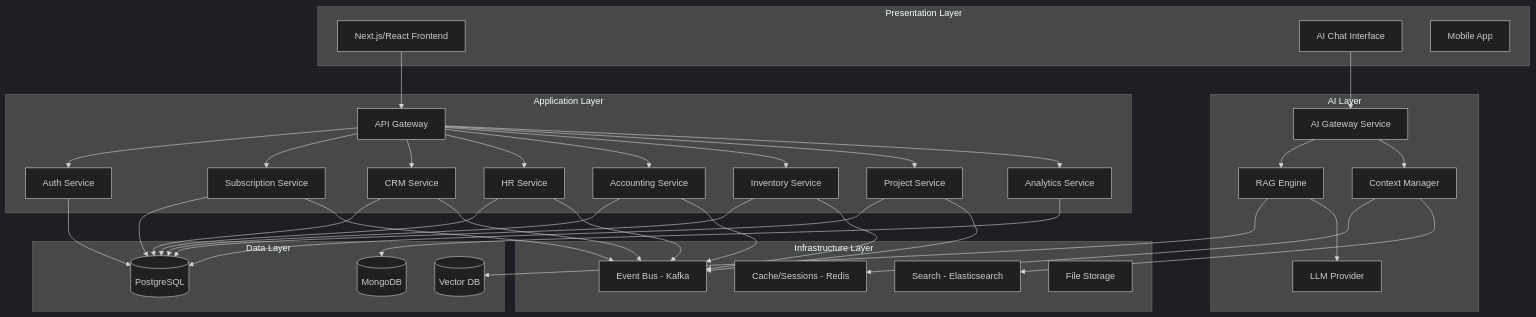
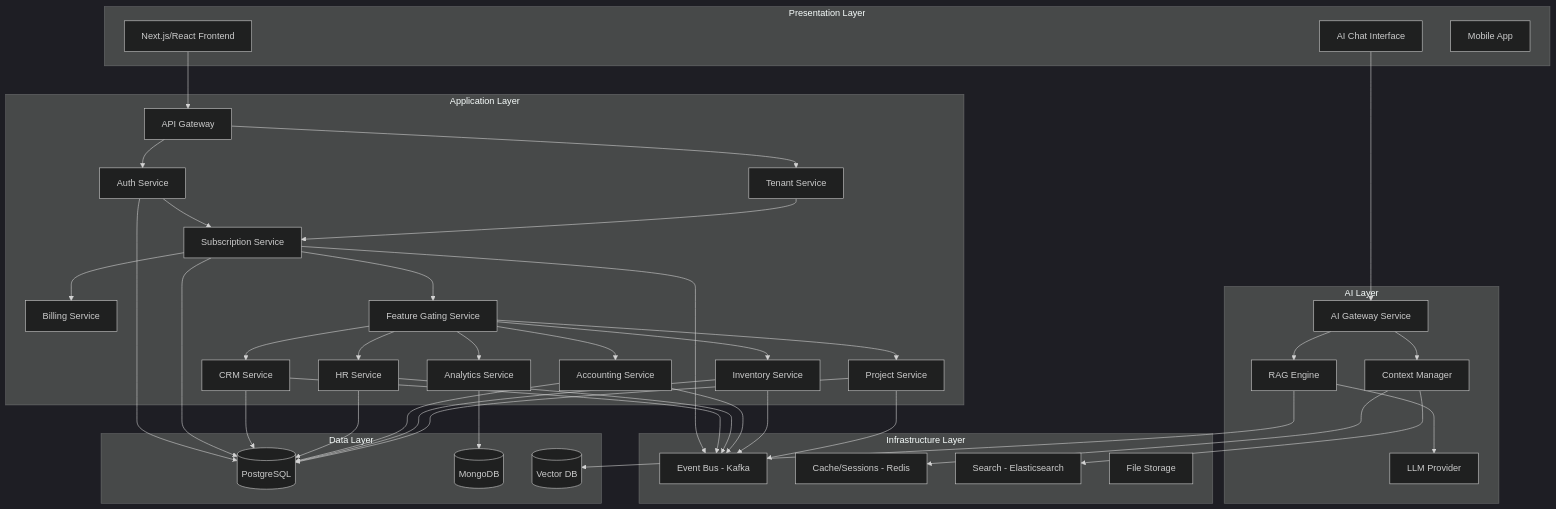
The diagram in 02-architecture/design.md (azad25/erp-suite), drawn with Mermaid (dark theme) before and after one commit. The commit also changed 31 other files, not shown here.

````diff
--- a/02-architecture/design.md
+++ b/02-architecture/design.md
@@ -13,74 +13,81 @@
 ```mermaid
 graph TB
     subgraph "Presentation Layer"
         UI[Next.js/React Frontend]
         Chat[AI Chat Interface]
         Mobile[Mobile App]
     end
     
     subgraph "AI Layer"
         AIGateway[AI Gateway Service]
         RAG[RAG Engine]
         LLM[LLM Provider]
         Context[Context Manager]
     end
     
     subgraph "Application Layer"
         Gateway[API Gateway]
         Auth[Auth Service]
+        Tenant[Tenant Service]
         Subscription[Subscription Service]
+        Billing[Billing Service]
+        FeatureGate[Feature Gating Service]
         CRM[CRM Service]
         HR[HR Service]
         Accounting[Accounting Service]
         Inventory[Inventory Service]
         Projects[Project Service]
         Analytics[Analytics Service]
     end
     
     subgraph "Infrastructure Layer"
         Kafka[Event Bus - Kafka]
         Redis[Cache/Sessions - Redis]
         Search[Search - Elasticsearch]
         Files[File Storage]
     end
     
     subgraph "Data Layer"
         PostgreSQL[(PostgreSQL)]
         MongoDB[(MongoDB)]
         Vector[(Vector DB)]
     end
     
     UI --> Gateway
     Chat --> AIGateway
     AIGateway --> RAG
     RAG --> Vector
     RAG --> LLM
     Gateway --> Auth
-    Gateway --> Subscription
-    Gateway --> CRM
-    Gateway --> HR
-    Gateway --> Accounting
-    Gateway --> Inventory
-    Gateway --> Projects
-    Gateway --> Analytics
+    Gateway --> Tenant
+    Auth --> Subscription
+    Tenant --> Subscription
+    Subscription --> FeatureGate
+    Subscription --> Billing
+    FeatureGate --> CRM
+    FeatureGate --> HR
+    FeatureGate --> Accounting
+    FeatureGate --> Inventory
+    FeatureGate --> Projects
+    FeatureGate --> Analytics
     
     Auth --> PostgreSQL
     Subscription --> PostgreSQL
     CRM --> PostgreSQL
     HR --> PostgreSQL
     Accounting --> PostgreSQL
     Inventory --> PostgreSQL
     Projects --> PostgreSQL
     Analytics --> MongoDB
     
     Subscription --> Kafka
     CRM --> Kafka
     HR --> Kafka
     Accounting --> Kafka
     Inventory --> Kafka
     Projects --> Kafka
     
     AIGateway --> Context
     Context --> Redis
     Context --> Search
 ```
````
